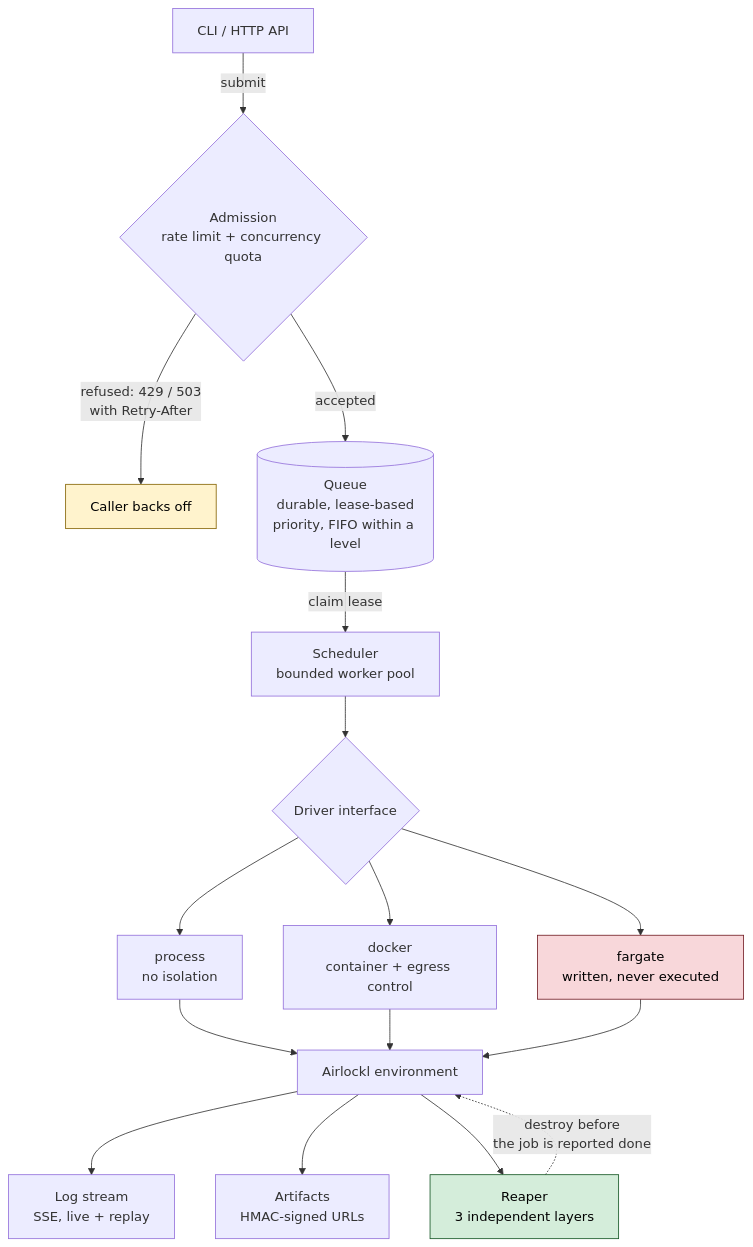
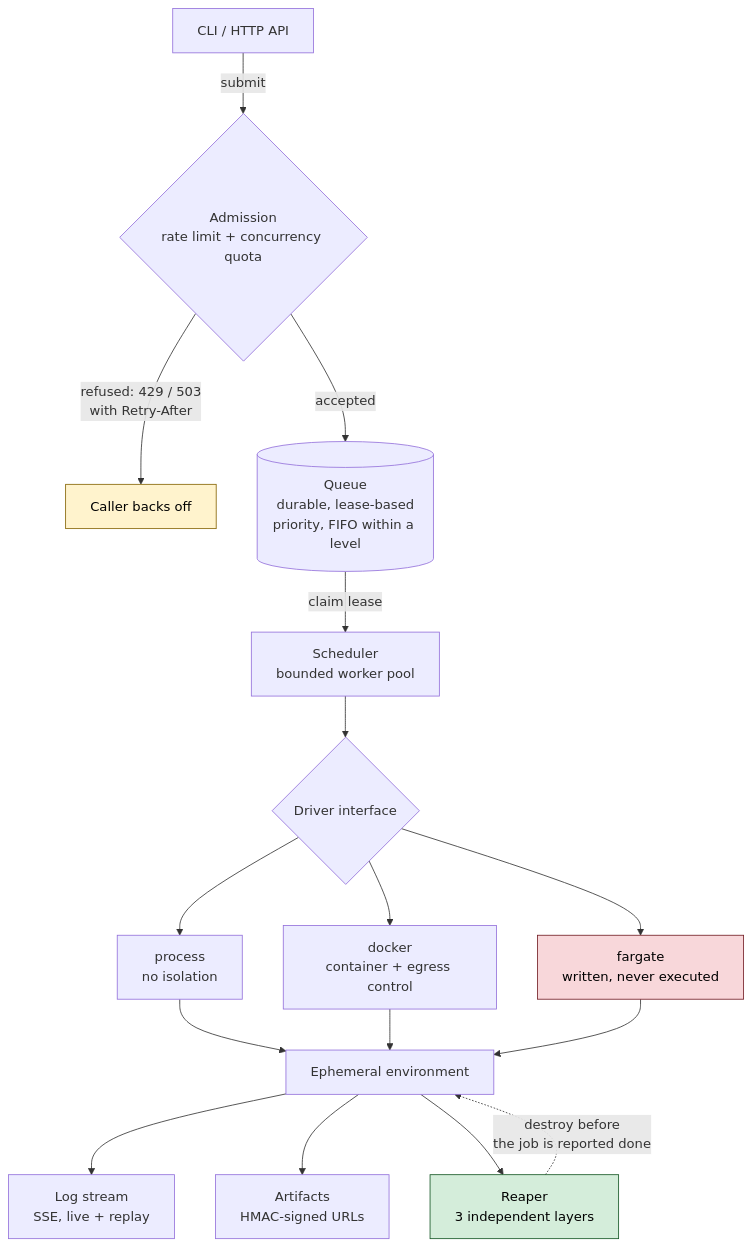
Before and after one commit to bytes-as/airlock: the first of 4 diagrams in README.md, drawn with Mermaid. The commit also changed other lines of this file and 9 other files, not shown here.

````diff
--- a/README.md
+++ b/README.md
@@ -24,26 +24,26 @@
 ```mermaid
 flowchart TB
     CLI["CLI / HTTP API"] -->|submit| ADM{"Admission<br/>rate limit + concurrency quota"}
 
     ADM -->|"refused: 429 / 503<br/>with Retry-After"| REJ["Caller backs off"]
     ADM -->|accepted| Q[("Queue<br/>durable, lease-based<br/>priority, FIFO within a level")]
 
     Q -->|claim lease| SCH["Scheduler<br/>bounded worker pool"]
     SCH --> DRV{"Driver interface"}
 
     DRV --> PROC["process<br/>no isolation"]
     DRV --> DOCK["docker<br/>container + egress control"]
     DRV --> FARG["fargate<br/>written, never executed"]
 
-    PROC & DOCK & FARG --> ENV["Airlockl environment"]
+    PROC & DOCK & FARG --> ENV["Ephemeral environment"]
 
     ENV --> LOGS["Log stream<br/>SSE, live + replay"]
     ENV --> ART["Artifacts<br/>HMAC-signed URLs"]
     ENV --> REAP["Reaper<br/>3 independent layers"]
 
     REAP -.->|"destroy before<br/>the job is reported done"| ENV
 
     style REJ fill:#fff3cd,stroke:#856404,color:#000
     style FARG fill:#f8d7da,stroke:#721c24,color:#000
     style REAP fill:#d4edda,stroke:#155724,color:#000
 ```
````
